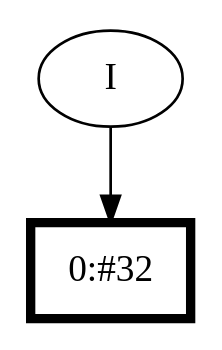
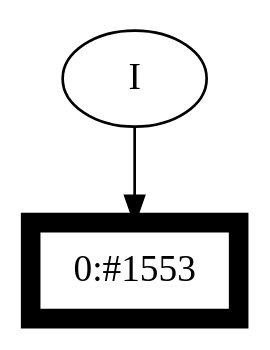
Before and after one commit to pepes97/Regular-Decision-Processes: the diagram in nonmarkov-envs/nonmarkov_envs/prova.txt.dat.ff.init_dfa.dot, drawn with Graphviz. The commit also changed 12 other files, not shown here.

```diff
--- a/nonmarkov-envs/nonmarkov_envs/prova.txt.dat.ff.init_dfa.dot
+++ b/nonmarkov-envs/nonmarkov_envs/prova.txt.dat.ff.init_dfa.dot
@@ -1,7 +1,7 @@
 // produced with flexfringe // ../../flexfringe/dfasat/flexfringe --ini=../../flexfringe/dfasat/ini/batch-mealy.ini prova.txt.dat 
 digraph DFA {
 	0 [label="root" shape=box];
 		I -> 0;
-	0 [ label="0:#32
-" , penwidth=3.49651];
+	0 [ label="0:#1553
+" , penwidth=7.34859];
 }
```
